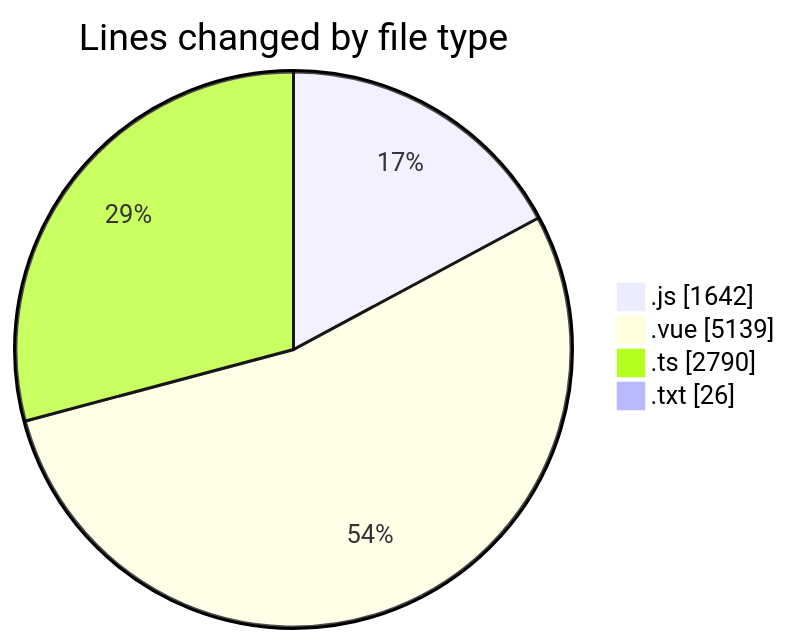
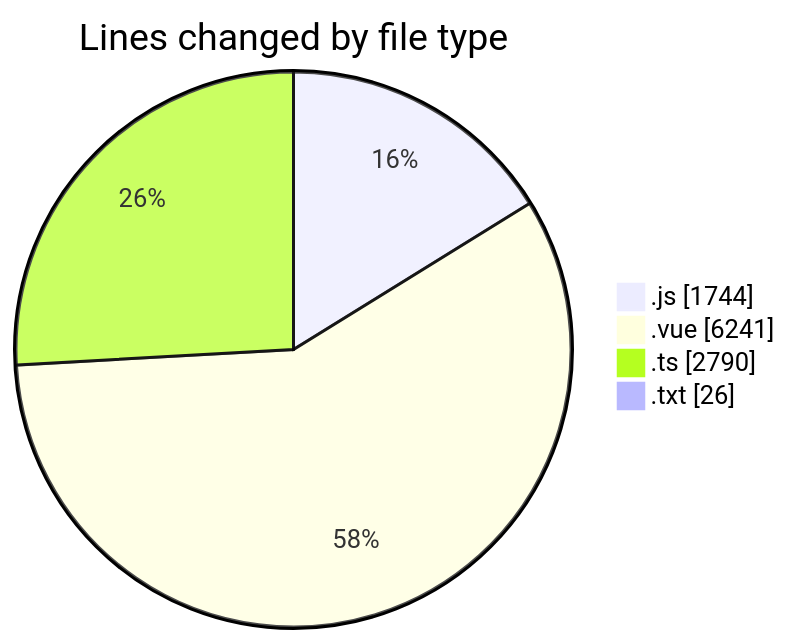
The first of 2 diagrams in 2025-08-17/rentotp/README.md (lephambinh05/code-tracking), drawn with Mermaid before and after one commit. The commit also changed other lines of this file and 1 other file, not shown here.

````diff
--- a/2025-08-17/rentotp/README.md
+++ b/2025-08-17/rentotp/README.md
@@ -46,8 +51,8 @@
 ```mermaid
 pie showData
 title Lines changed by file type
-".js" : 1642
-".vue" : 5139
+".js" : 1744
+".vue" : 6241
 ".ts" : 2790
 ".txt" : 26
 ```
````
